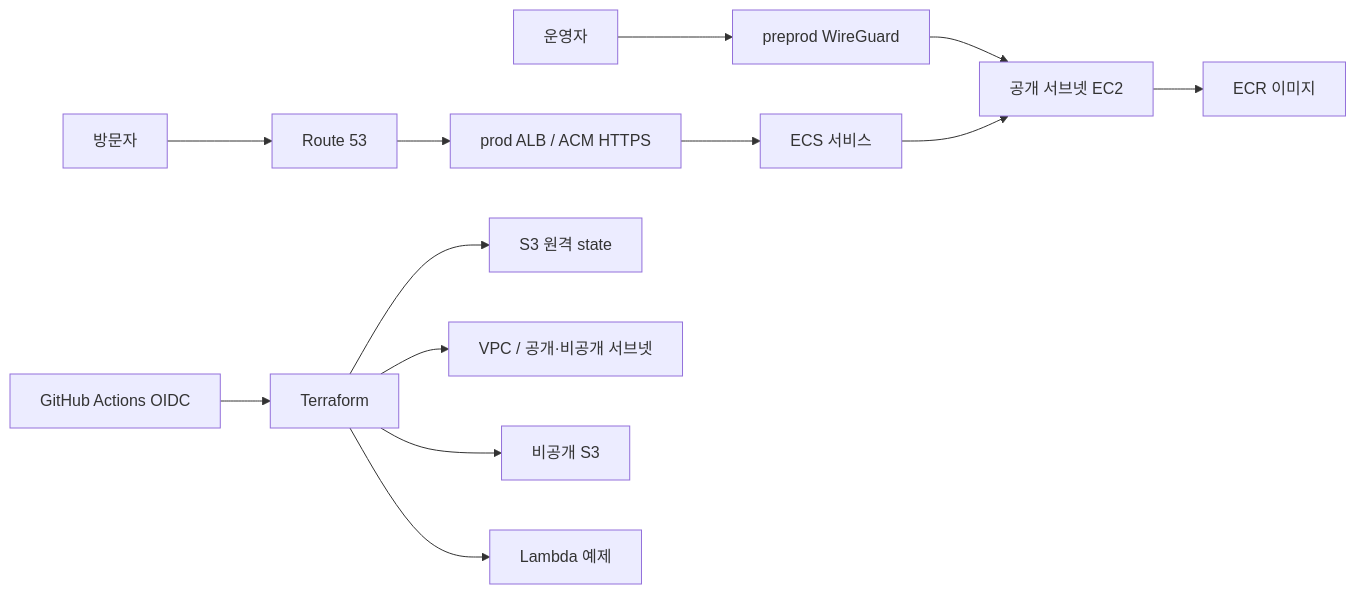
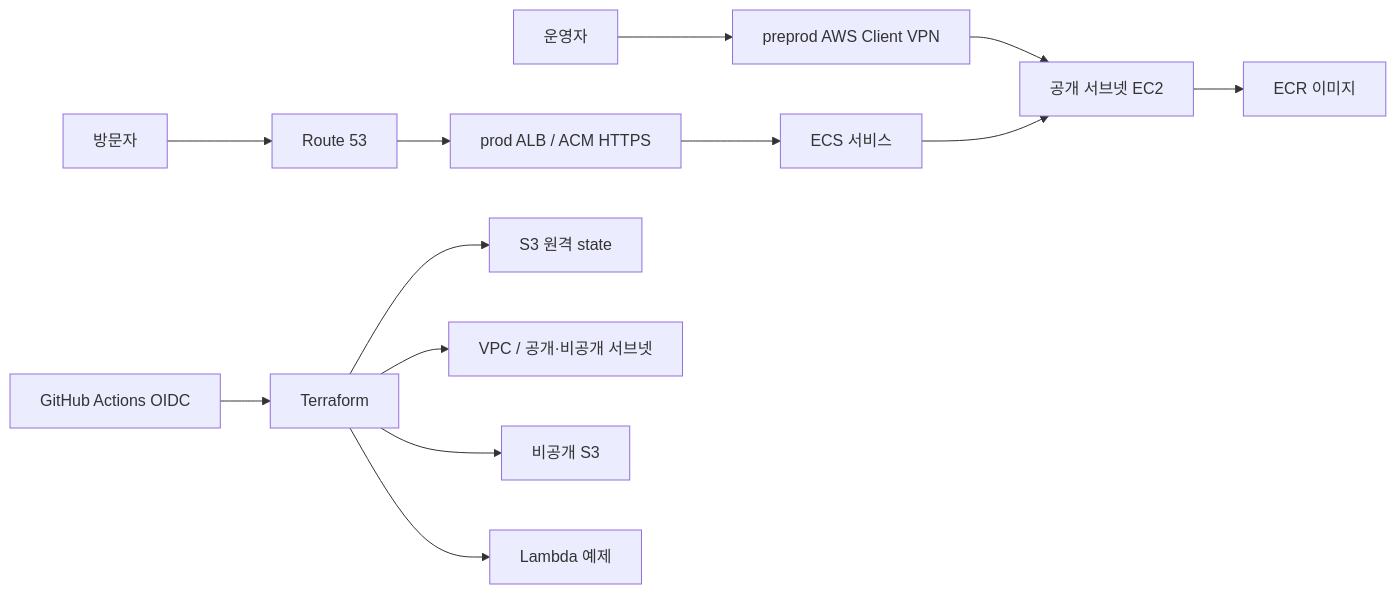
The first of 2 diagrams in docs/architecture.md (ban-dal/aws-ecs-fullstack-app), drawn with Mermaid before and after one commit. The commit also changed other lines of this file and 16 other files, not shown here.

Commit message:
feat: add certificate based preprod AWS Client VPN

````diff
--- a/docs/architecture.md
+++ b/docs/architecture.md
@@ -5,15 +5,15 @@
 ```mermaid
 flowchart LR
   Browser[방문자] --> DNS[Route 53]
   DNS --> ALB[prod ALB / ACM HTTPS]
   ALB --> ECS[ECS 서비스]
-  Operator[운영자] --> VPN[preprod WireGuard]
+  Operator[운영자] --> VPN[preprod AWS Client VPN]
   VPN --> EC2
   ECS --> EC2[공개 서브넷 EC2]
   EC2 --> ECR[ECR 이미지]
   CI[GitHub Actions OIDC] --> TF[Terraform]
   TF --> State[S3 원격 state]
   TF --> VPC[VPC / 공개·비공개 서브넷]
   TF --> Assets[비공개 S3]
   TF --> Lambda[Lambda 예제]
 ```
````
